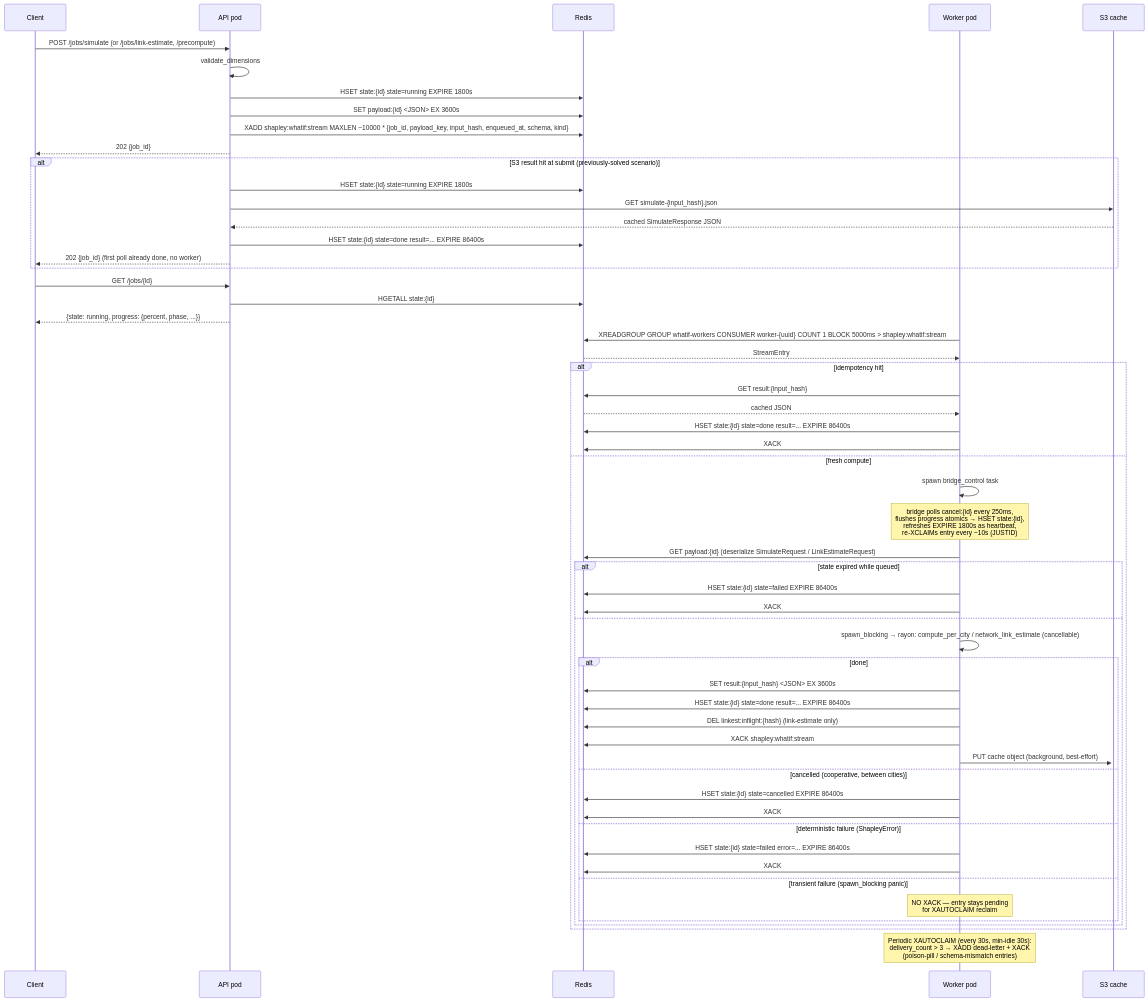
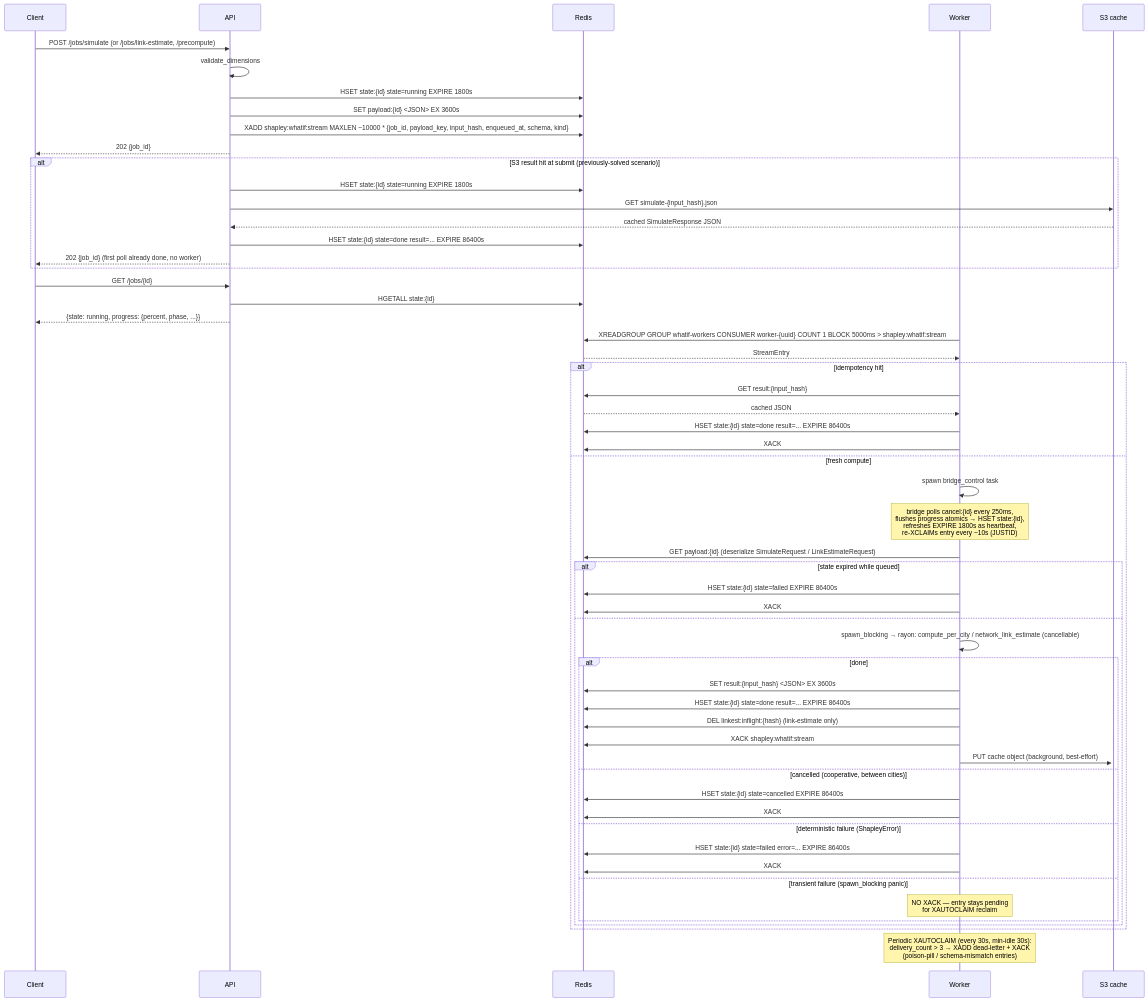
Before and after one commit to phaselabscrypto/dz-contributor: the diagram in docs/shapley-service.md, drawn with Mermaid. The commit also changed other lines of this file and 15 other files, not shown here.

````diff
--- a/docs/shapley-service.md
+++ b/docs/shapley-service.md
@@ -104,67 +105,67 @@
 ```mermaid
 sequenceDiagram
     participant C as Client
-    participant A as API pod
+    participant A as API
     participant R as Redis
-    participant W as Worker pod
+    participant W as Worker
     participant S3 as S3 cache
 
     C->>A: POST /jobs/simulate (or /jobs/link-estimate, /precompute)
     A->>A: validate_dimensions
     A->>R: HSET state:{id} state=running  EXPIRE 1800s
     A->>R: SET payload:{id} <JSON>  EX 3600s
     A->>R: XADD shapley:whatif:stream MAXLEN ~10000 * {job_id, payload_key, input_hash, enqueued_at, schema, kind}
     A-->>C: 202 {job_id}
 
     alt S3 result hit at submit (previously-solved scenario)
         A->>R: HSET state:{id} state=running  EXPIRE 1800s
         A->>S3: GET simulate-{input_hash}.json
         S3-->>A: cached SimulateResponse JSON
         A->>R: HSET state:{id} state=done result=...  EXPIRE 86400s
         A-->>C: 202 {job_id}  (first poll already done, no worker)
     end
 
     C->>A: GET /jobs/{id}
     A->>R: HGETALL state:{id}
     A-->>C: {state: running, progress: {percent, phase, ...}}
 
     W->>R: XREADGROUP GROUP whatif-workers CONSUMER worker-{uuid} COUNT 1 BLOCK 5000ms > shapley:whatif:stream
     R-->>W: StreamEntry
 
     alt idempotency hit
         W->>R: GET result:{input_hash}
         R-->>W: cached JSON
         W->>R: HSET state:{id} state=done result=...  EXPIRE 86400s
         W->>R: XACK
     else fresh compute
         W->>W: spawn bridge_control task
         Note over W: bridge polls cancel:{id} every 250ms,<br/>flushes progress atomics → HSET state:{id},<br/>refreshes EXPIRE 1800s as heartbeat,<br/>re-XCLAIMs entry every ~10s (JUSTID)
 
         W->>R: GET payload:{id}  (deserialize SimulateRequest / LinkEstimateRequest)
 
         alt state expired while queued
             W->>R: HSET state:{id} state=failed  EXPIRE 86400s
             W->>R: XACK
         else
             W->>W: spawn_blocking → rayon: compute_per_city / network_link_estimate (cancellable)
 
             alt done
                 W->>R: SET result:{input_hash} <JSON>  EX 3600s
                 W->>R: HSET state:{id} state=done result=...  EXPIRE 86400s
                 W->>R: DEL linkest:inflight:{hash}  (link-estimate only)
                 W->>R: XACK shapley:whatif:stream
                 W->>+S3: PUT cache object (background, best-effort)
             else cancelled (cooperative, between cities)
                 W->>R: HSET state:{id} state=cancelled  EXPIRE 86400s
                 W->>R: XACK
             else deterministic failure (ShapleyError)
                 W->>R: HSET state:{id} state=failed error=...  EXPIRE 86400s
                 W->>R: XACK
             else transient failure (spawn_blocking panic)
                 Note over W: NO XACK — entry stays pending<br/>for XAUTOCLAIM reclaim
             end
         end
     end
 
     Note over W: Periodic XAUTOCLAIM (every 30s, min-idle 30s):<br/>delivery_count > 3 → XADD dead-letter + XACK<br/>(poison-pill / schema-mismatch entries)
 ```
````
